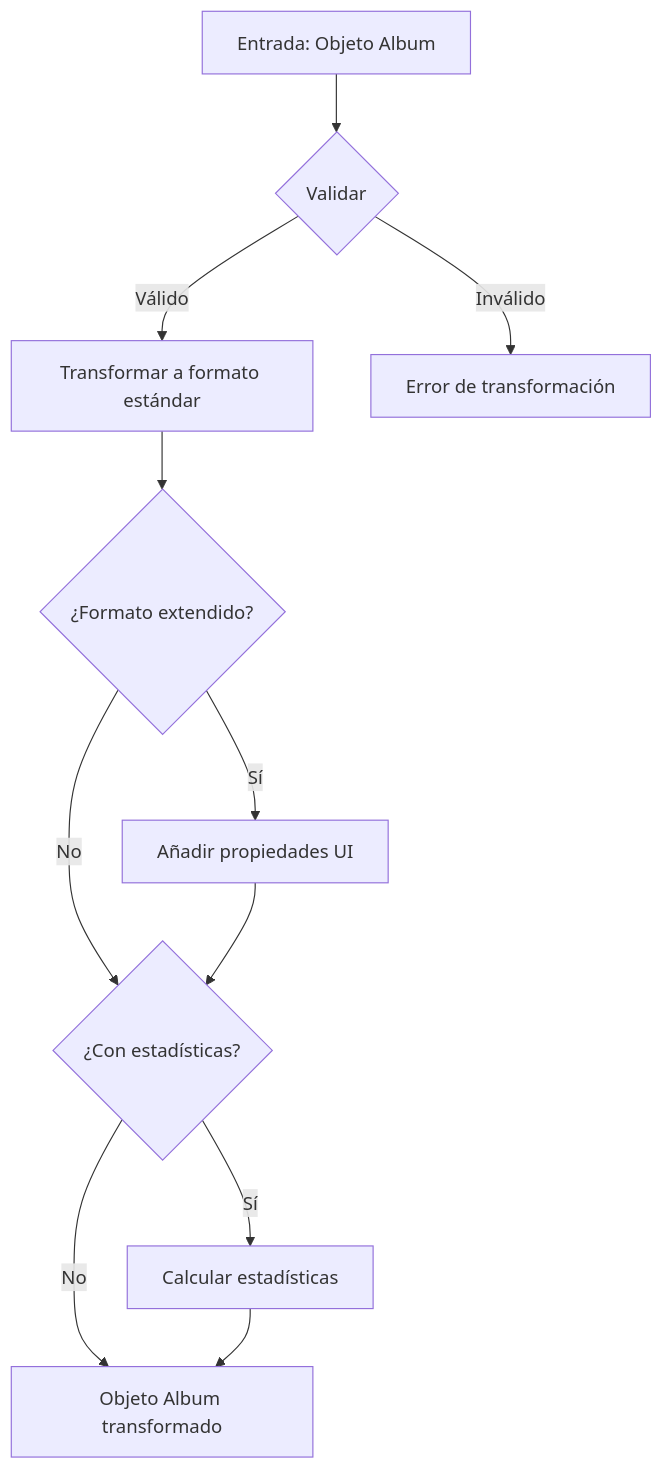
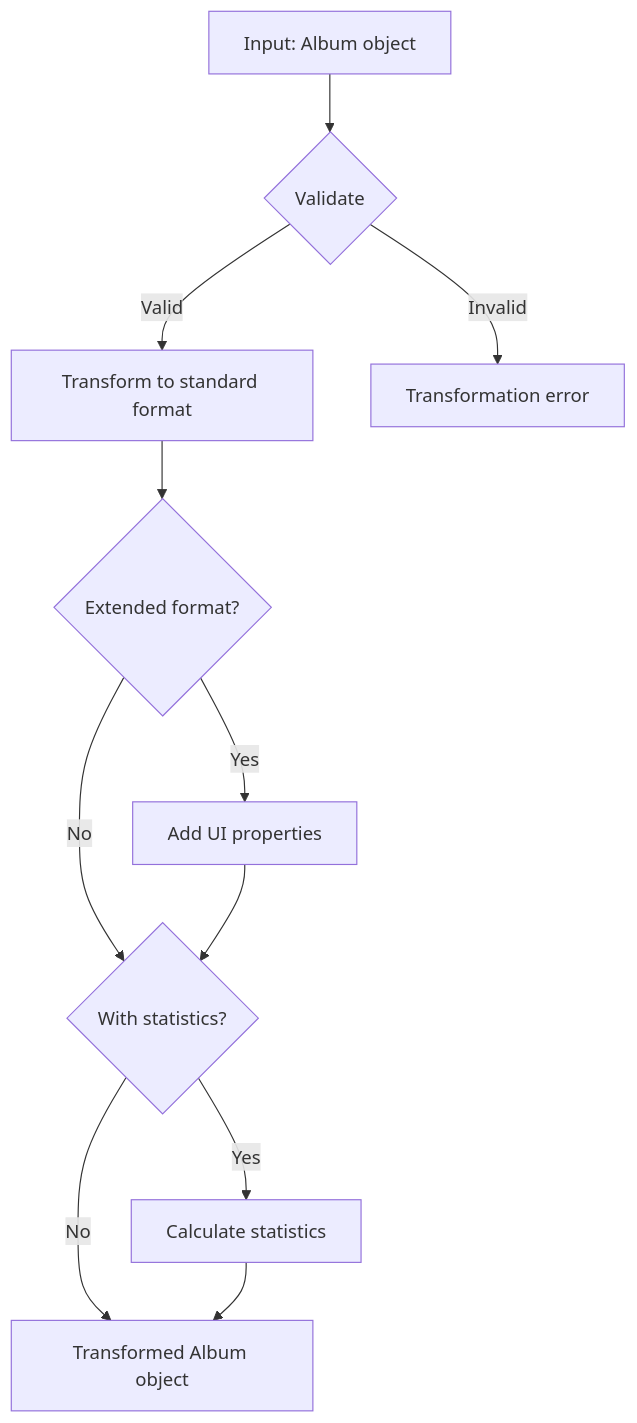
The diagram in src/transformers/album/README.md (gvastethecreator/media-manager), drawn with Mermaid before and after one commit. The commit also changed other lines of this file and 104 other files, not shown here.

Commit message:
docs: initialize comprehensive architectural documentation and component-level README files across the repository.

````diff
--- a/src/transformers/album/README.md
+++ b/src/transformers/album/README.md
@@ -16,13 +16,13 @@
 ```mermaid
 flowchart TD
-    A[Entrada: Objeto Album] --> B{Validar}
-    B -->|Válido| C[Transformar a formato estándar]
-    B -->|Inválido| D[Error de transformación]
-    C --> E{¿Formato extendido?}
-    E -->|Sí| F[Añadir propiedades UI]
-    E -->|No| G{¿Con estadísticas?}
+    A[Input: Album object] --> B{Validate}
+    B -->|Valid| C[Transform to standard format]
+    B -->|Invalid| D[Transformation error]
+    C --> E{Extended format?}
+    E -->|Yes| F[Add UI properties]
+    E -->|No| G{With statistics?}
     F --> G
-    G -->|Sí| H[Calcular estadísticas]
-    G -->|No| I[Objeto Album transformado]
+    G -->|Yes| H[Calculate statistics]
+    G -->|No| I[Transformed Album object]
     H --> I
 ```
````
